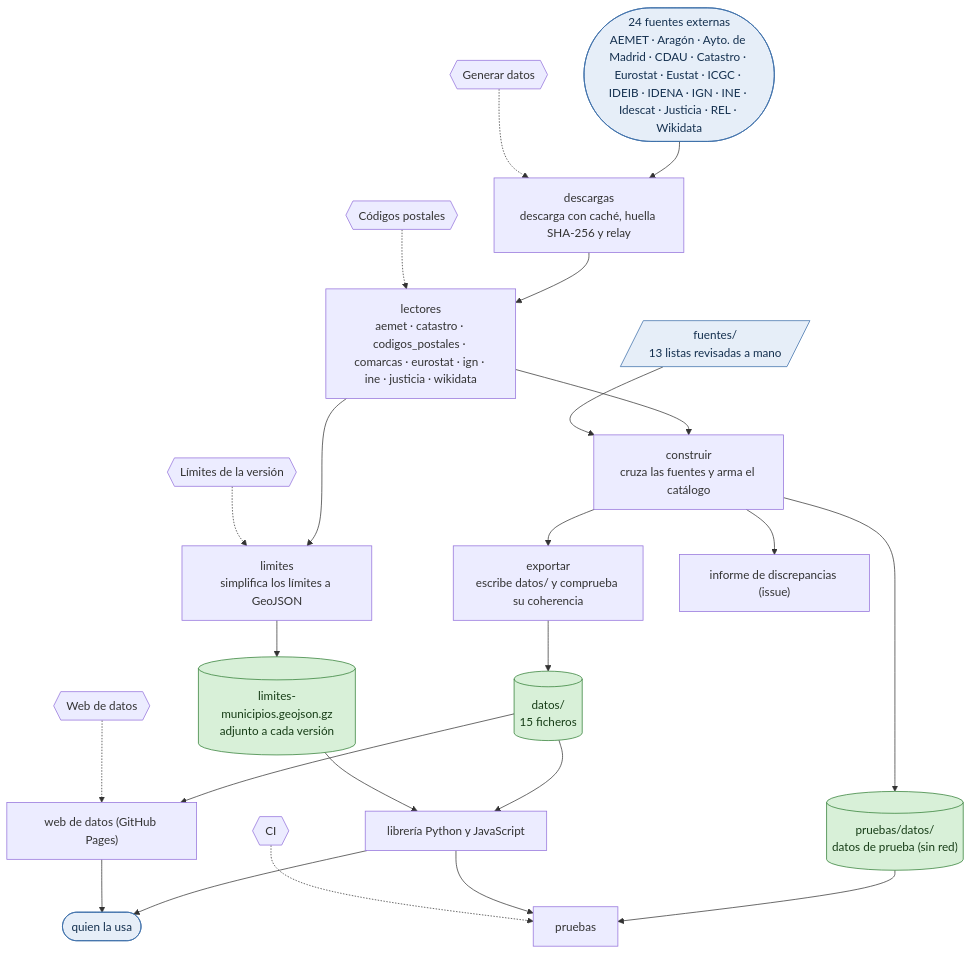
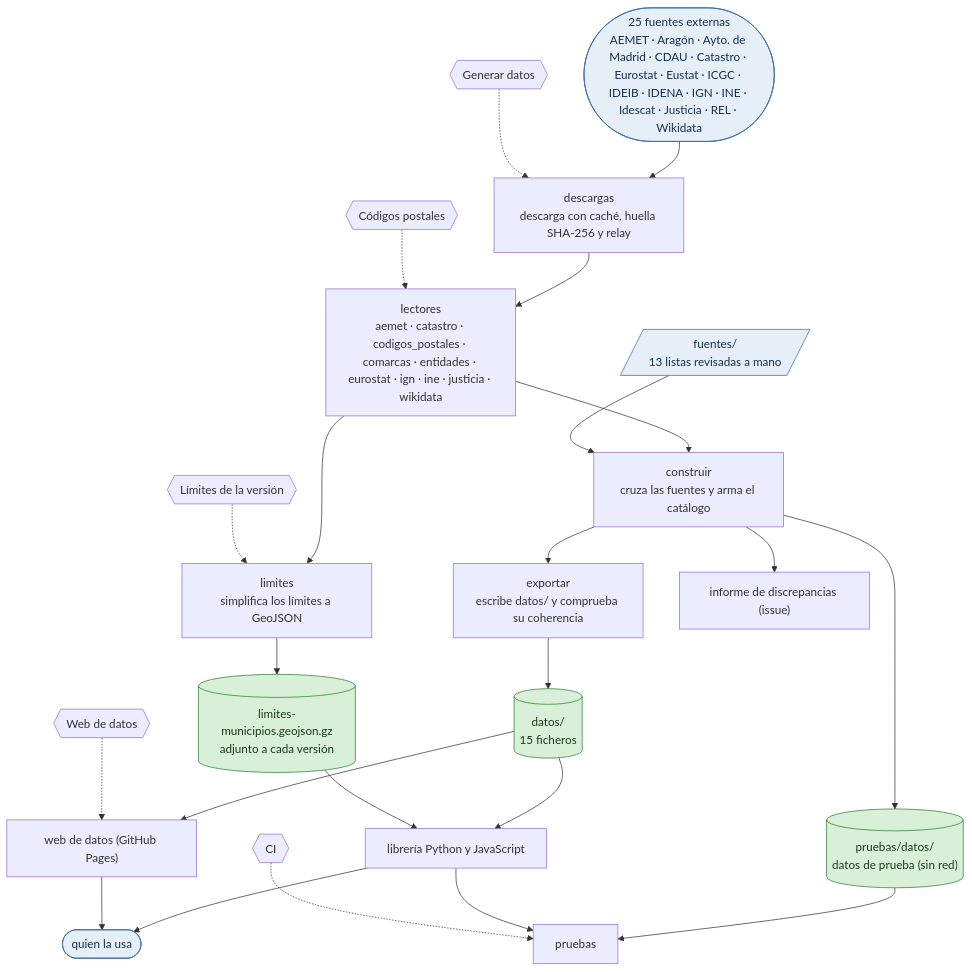
One commit to alertapublica/territorios-es changed the fourth of 6 diagrams in docs/estado.md. Above: the diagram before and after it, drawn with Mermaid. The commit also changed other lines of this file and 34 other files, not shown here.

````diff
--- a/docs/estado.md
+++ b/docs/estado.md
@@ -139,45 +139,45 @@
 ```mermaid
 flowchart TB
   accTitle: Repositorio
-  ext(["24 fuentes externas<br>AEMET · Aragón · Ayto. de Madrid · CDAU · Catastro · Eurostat · Eustat · ICGC · IDEIB · IDENA · IGN · INE · Idescat · Justicia · REL · Wikidata"])
+  ext(["25 fuentes externas<br>AEMET · Aragón · Ayto. de Madrid · CDAU · Catastro · Eurostat · Eustat · ICGC · IDEIB · IDENA · IGN · INE · Idescat · Justicia · REL · Wikidata"])
   hand[/"fuentes/<br>13 listas revisadas a mano"/]
   descargas["descargas<br>descarga con caché, huella SHA-256 y relay"]
-  readers["lectores<br>aemet · catastro · codigos_postales · comarcas · eurostat · ign · ine · justicia · wikidata"]
+  readers["lectores<br>aemet · catastro · codigos_postales · comarcas · entidades · eurostat · ign · ine · justicia · wikidata"]
   construir["construir<br>cruza las fuentes y arma el catálogo"]
   exportar["exportar<br>escribe datos/ y comprueba su coherencia"]
   limites["limites<br>simplifica los límites a GeoJSON"]
   datos[("datos/<br>15 ficheros")]
   geo[("limites-municipios.geojson.gz<br>adjunto a cada versión")]
   report["informe de discrepancias (issue)"]
   lib["librería Python y JavaScript"]
   web["web de datos (GitHub Pages)"]
   users(["quien la usa"])
   fixture[("pruebas/datos/<br>datos de prueba (sin red)")]
   tests["pruebas"]
   ext --> descargas --> readers --> construir --> exportar --> datos
   hand --> construir
   readers --> limites --> geo
   construir --> report
   datos --> lib
   geo --> lib
   datos --> web
   lib --> users
   web --> users
   construir --> fixture --> tests
   lib --> tests
   wf_ci_yml{{"CI"}}
   wf_generar_yml{{"Generar datos"}}
   wf_codigos_postales_yml{{"Códigos postales"}}
   wf_limites_yml{{"Límites de la versión"}}
   wf_pages_yml{{"Web de datos"}}
   wf_generar_yml -.-> descargas
   wf_codigos_postales_yml -.-> readers
   wf_limites_yml -.-> limites
   wf_pages_yml -.-> web
   wf_ci_yml -.-> tests
   class datos,geo,fixture done
   class ext,hand,users box
   classDef done fill:#d8f0d8,stroke:#2e7d32,color:#173d17
   classDef todo fill:#fdecc8,stroke:#b26a00,color:#4a2c00,stroke-dasharray:4 3
   classDef box fill:#e6eef8,stroke:#3b6ea8,color:#14304f
 ```
````
